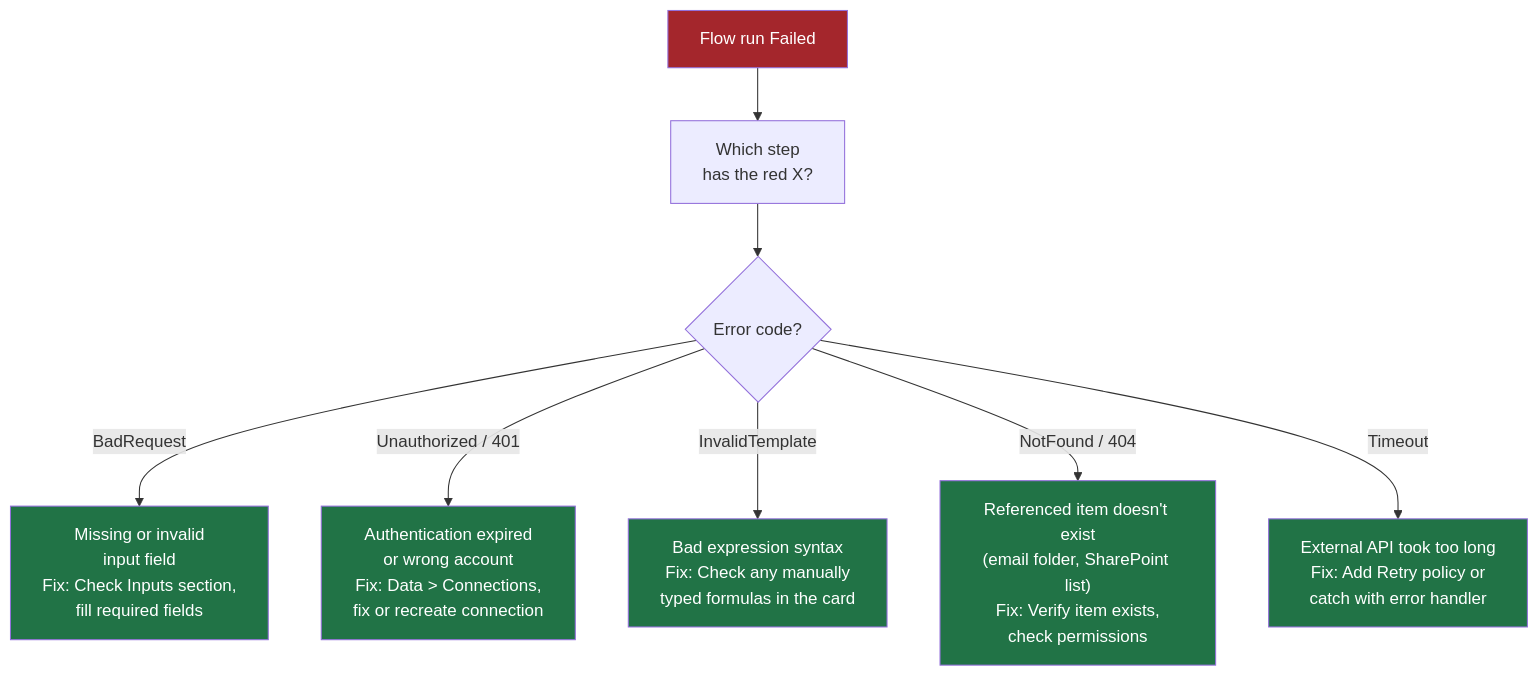
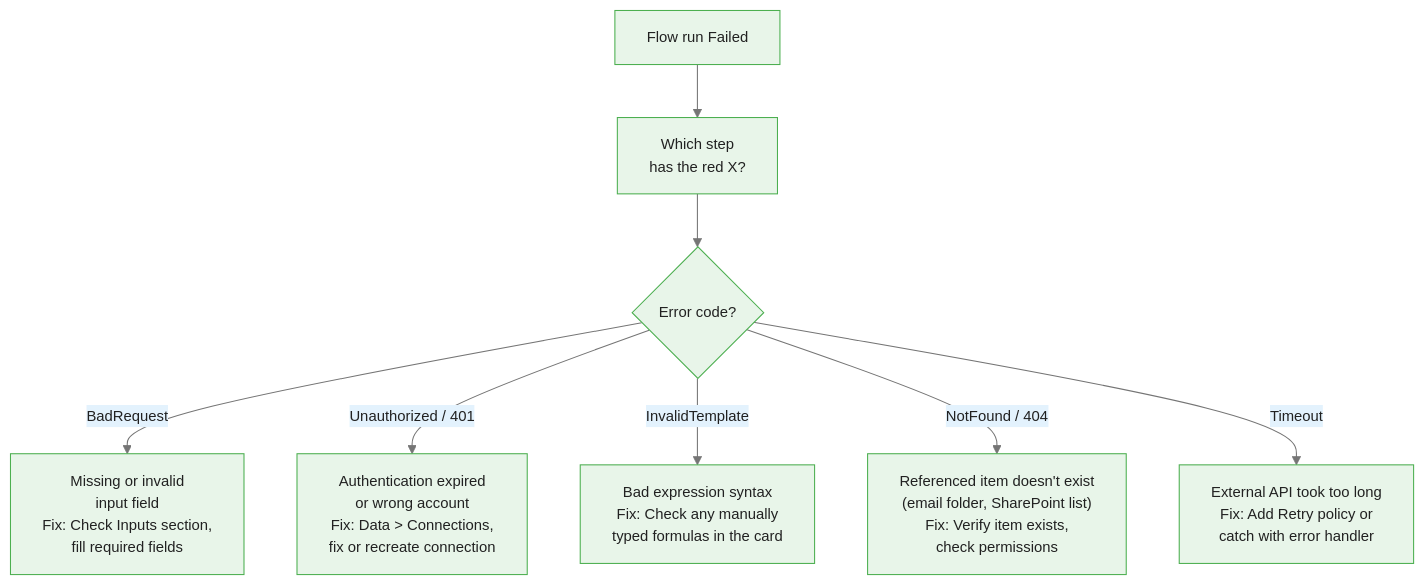
The fifth of 6 diagrams in courses/power-automate/modules/module_01_first_cloud_flow/guides/02_testing_debugging_slides.md (m-deane/course-creator), drawn with Mermaid before and after one commit. The commit also changed other lines of this file and 72 other files, not shown here.

````diff
--- a/courses/power-automate/modules/module_01_first_cloud_flow/guides/02_testing_debugging_slides.md
+++ b/courses/power-automate/modules/module_01_first_cloud_flow/guides/02_testing_debugging_slides.md
@@ -185,16 +214,11 @@
 ```mermaid
+%%{init: {"theme": "base", "themeVariables": {"primaryColor": "#e8f5e9", "primaryBorderColor": "#4caf50", "primaryTextColor": "#212121", "secondaryColor": "#e3f2fd", "tertiaryColor": "#fff8e1", "lineColor": "#757575", "fontFamily": "Inter, sans-serif", "fontSize": "14px"}}}%%
 graph TD
     START["Flow run Failed"] --> Q1["Which step\nhas the red X?"]
     Q1 --> Q2{"Error code?"}
     Q2 -->|"BadRequest"| E1["Missing or invalid\ninput field\nFix: Check Inputs section,\nfill required fields"]
     Q2 -->|"Unauthorized / 401"| E2["Authentication expired\nor wrong account\nFix: Data > Connections,\nfix or recreate connection"]
     Q2 -->|"InvalidTemplate"| E3["Bad expression syntax\nFix: Check any manually\ntyped formulas in the card"]
     Q2 -->|"NotFound / 404"| E4["Referenced item doesn't exist\n(email folder, SharePoint list)\nFix: Verify item exists,\ncheck permissions"]
     Q2 -->|"Timeout"| E5["External API took too long\nFix: Add Retry policy or\ncatch with error handler"]
-    style START fill:#A4262C,color:#fff
-    style E1 fill:#217346,color:#fff
-    style E2 fill:#217346,color:#fff
-    style E3 fill:#217346,color:#fff
-    style E4 fill:#217346,color:#fff
-    style E5 fill:#217346,color:#fff
 ```
````
